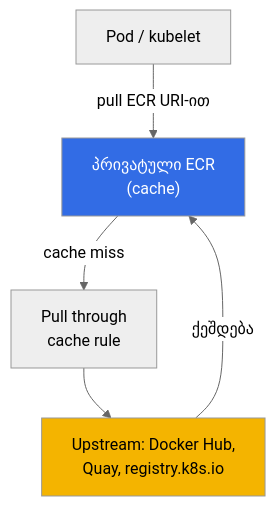
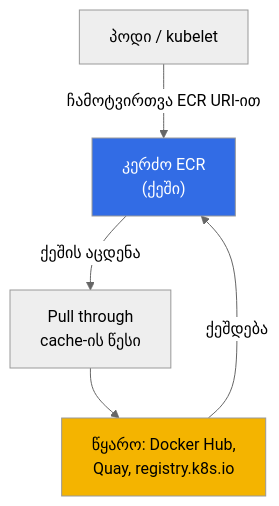
The first of 2 diagrams in tasks/eks/course/20/ge.md (ViktorUJ/cks), drawn with Mermaid (neutral theme) before and after one commit. The commit also changed other lines of this file and 534 other files, not shown here.

````diff
--- a/tasks/eks/course/20/ge.md
+++ b/tasks/eks/course/20/ge.md
@@ -227,13 +227,13 @@
 ```mermaid
 flowchart TB
-    pod["Pod / kubelet"]
-    ecr["პრივატული ECR<br/>(cache)"]
-    rule["Pull through<br/>cache rule"]
-    up["Upstream: Docker Hub,<br/>Quay, registry.k8s.io"]
-    pod -->|"pull ECR URI-ით"| ecr
-    ecr -->|"cache miss"| rule
+    pod["პოდი / kubelet"]
+    ecr["კერძო ECR<br/>(ქეში)"]
+    rule["Pull through<br/>cache-ის წესი"]
+    up["წყარო: Docker Hub,<br/>Quay, registry.k8s.io"]
+    pod -->|"ჩამოტვირთვა ECR URI-ით"| ecr
+    ecr -->|"ქეშის აცდენა"| rule
     rule --> up
     up -->|"ქეშდება"| ecr
     style ecr fill:#326ce5,color:#fff
     style up fill:#f4b400,color:#000
 ```
````
